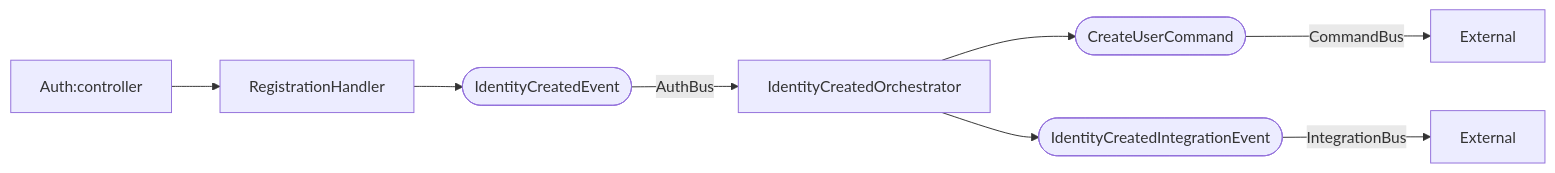
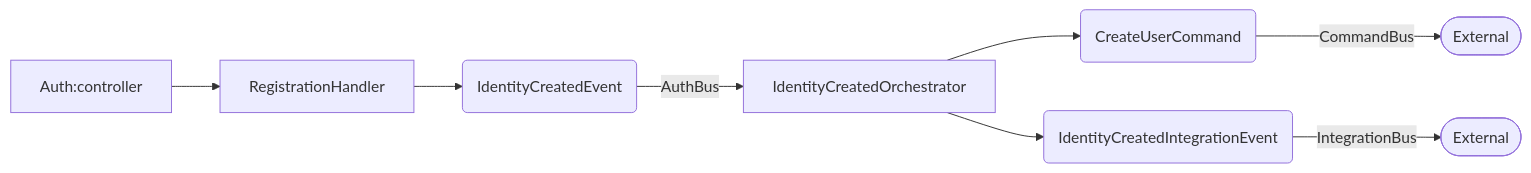
One commit to wilzwert/my-lego-collection changed the first of 7 diagrams in back/README.md. Above: the diagram before and after it, drawn with Mermaid. The commit also changed other lines of this file and 94 other files, not shown here.

````diff
--- a/back/README.md
+++ b/back/README.md
@@ -49,8 +49,8 @@
 ```mermaid
 flowchart LR
 R[Auth:controller] --> O[RegistrationHandler] --> A
-A([IdentityCreatedEvent]) -->|AuthBus| B[IdentityCreatedOrchestrator]
+A(IdentityCreatedEvent) -->|AuthBus| B[IdentityCreatedOrchestrator]
 B --> C
-B --> D([IdentityCreatedIntegrationEvent]) -->|IntegrationBus| H[External]
-C([CreateUserCommand]) --> |CommandBus| E[External]
+B --> D(IdentityCreatedIntegrationEvent) -->|IntegrationBus| H([External])
+C(CreateUserCommand) --> |CommandBus| E([External])
 ```
````
